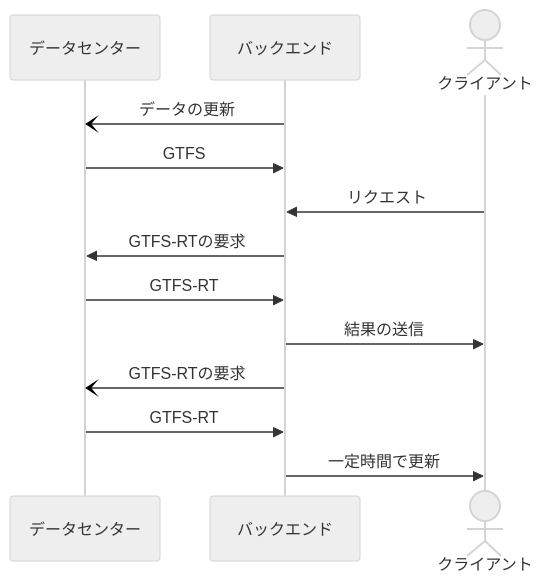
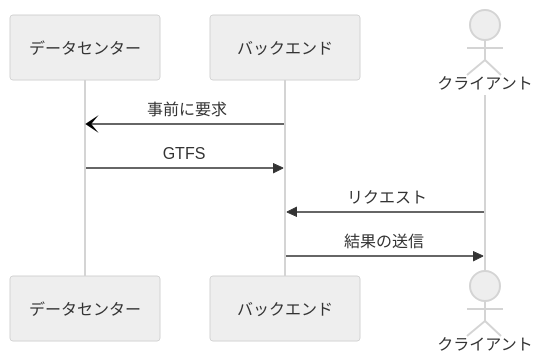
One commit to Kiyoshi1129/hayakuienikaeritai changed the diagram in README.md. Above: the diagram before and after it, drawn with Mermaid (neutral theme). The commit also changed other lines of this file and 6 other files, not shown here.

````diff
--- a/README.md
+++ b/README.md
@@ -19,17 +16,12 @@
 ```mermaid
 sequenceDiagram
 participant データセンター
 participant バックエンド
 actor クライアント
 
-バックエンド　-) データセンター : データの更新
+バックエンド　-) データセンター : 事前に要求
 データセンター ->> バックエンド : GTFS
 クライアント ->> バックエンド : リクエスト
-バックエンド　->> データセンター : GTFS-RTの要求
-データセンター ->> バックエンド : GTFS-RT
 バックエンド ->> クライアント : 結果の送信
-バックエンド　-) データセンター : GTFS-RTの要求
-データセンター ->> バックエンド : GTFS-RT
-バックエンド ->> クライアント : 一定時間で更新
 
 ```
````
